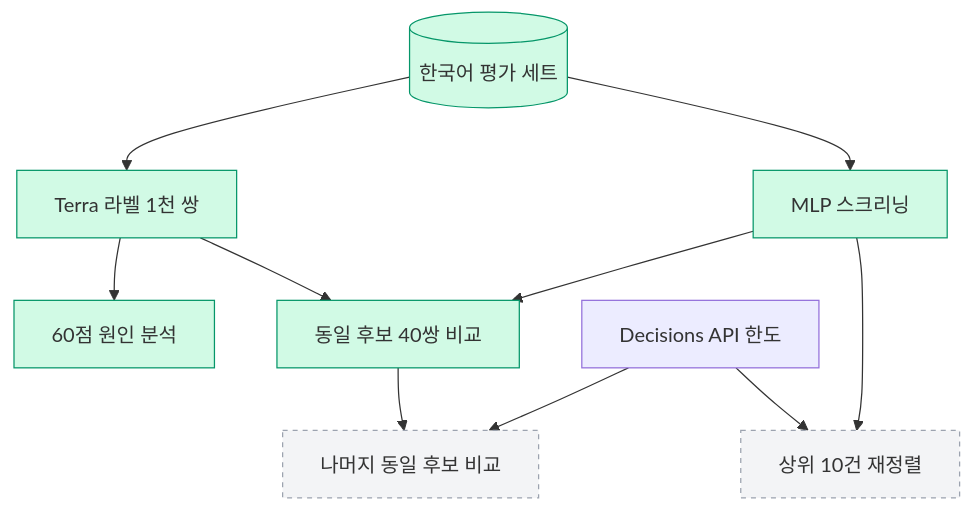
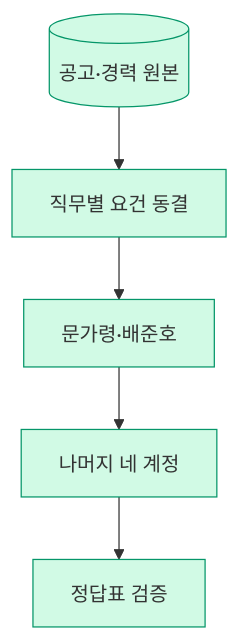
The diagram in .sitrep/sessions/20261119-1752-match-eval/arch.mmd (Expresso-Organization/expresso), drawn with Mermaid before and after one commit. The commit also changed 8 other files, not shown here.

```diff
--- a/.sitrep/sessions/20261119-1752-match-eval/arch.mmd
+++ b/.sitrep/sessions/20261119-1752-match-eval/arch.mmd
@@ -1,17 +1,13 @@
 flowchart TD
-  data[(한국어 평가 세트)] --> labels[Terra 라벨 1천 쌍]
-  data --> mlp[MLP 스크리닝]
-  labels --> audit[60점 원인 분석]
-  labels --> partial[동일 후보 40쌍 비교]
-  mlp --> partial
-  partial --> rest[나머지 동일 후보 비교]
-  mlp --> top[상위 10건 재정렬]
-  quota[Decisions API 한도] --> rest
-  quota --> top
-
+  S[(공고·경력 원본)] --> R[직무별 요건 동결]
+  R --> P[문가령·배준호]
+  P --> A[나머지 네 계정]
+  A --> V[정답표 검증]
   classDef done fill:#d1fae5,stroke:#059669
   classDef doing fill:#fef3c7,stroke:#d97706
   classDef decide fill:#fee2e2,stroke:#dc2626
   classDef todo fill:#f3f4f6,stroke:#9ca3af,stroke-dasharray:4
-  class data,labels,mlp,audit,partial done
-  class rest,top todo
+  class S,R done
+  class P done
+  class A done
+  class V done
```
